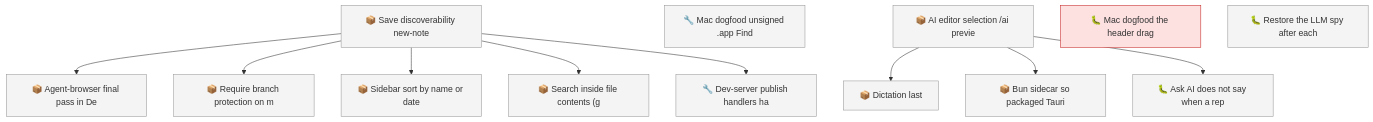
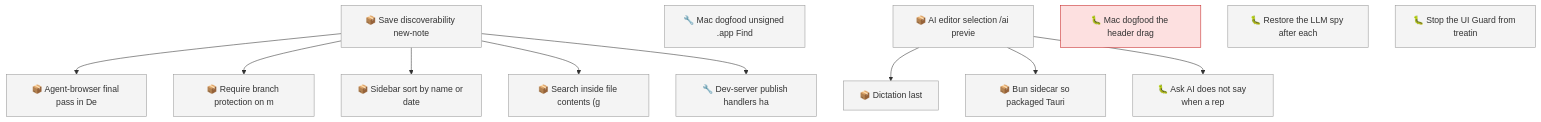
One commit to SpillwaveSolutions/motion changed the first of 2 diagrams in docs/roadmap.md. Above: the diagram before and after it, drawn with Mermaid. The commit also changed other lines of this file and 2 other files, not shown here.

First line of the commit message:
fix(ci): stop the UI Guard from treating test files as UI source

````diff
--- a/docs/roadmap.md
+++ b/docs/roadmap.md
@@ -98,28 +99,29 @@
 ```mermaid
 graph TD
     01KYQYYN3SBWDT25TC6H3G4EAA["📦 Save discoverability new-note"]
     01KYQYYN3T2SSGG33ESEWPXKH8["📦 Agent-browser final pass in De"]
     01KYQYYN3T731B57N8NXQ8C0FQ["📦 Require branch protection on m"]
     01KYQYYN3TA69K8848E483HC82["📦 Sidebar sort by name or date"]
     01KYQYYN3TKW93D9SVW07VKFZY["📦 Search inside file contents (g"]
     01M18Q560MPAYQJTA0W6F4DAW3["🔧 Mac dogfood unsigned .app Find"]
     01M18R79ZM90HJ0MBG3CX6VW7E["📦 Dictation last"]
     01M18R79ZMN53CMV76JFHKVEFN["📦 AI editor selection /ai previe"]
     01M19Z6Z3XQZ03EYNXKKBG5WK7["📦 Bun sidecar so packaged Tauri"]
     01M1ABZH14RJDDJ7M7HT3TZKYW["🐛 Ask AI does not say when a rep"]
     01M1ABZH2F573CM32N93NDMAGB["🔧 Dev-server publish handlers ha"]
     01M1MVB300KXXJPZ2XACH7A64K["🐛 Mac dogfood the header drag"]
     01M5GRYQY7ZAK975G44M0G6T6N["🐛 Restore the LLM spy after each"]
+    01M5GTCRJQPGX82TS89Y93732Z["🐛 Stop the UI Guard from treatin"]
     01KYQYYN3SBWDT25TC6H3G4EAA --> 01KYQYYN3T2SSGG33ESEWPXKH8
     01KYQYYN3SBWDT25TC6H3G4EAA --> 01KYQYYN3T731B57N8NXQ8C0FQ
     01KYQYYN3SBWDT25TC6H3G4EAA --> 01KYQYYN3TA69K8848E483HC82
     01KYQYYN3SBWDT25TC6H3G4EAA --> 01KYQYYN3TKW93D9SVW07VKFZY
     01M18R79ZMN53CMV76JFHKVEFN --> 01M18R79ZM90HJ0MBG3CX6VW7E
     01M18R79ZMN53CMV76JFHKVEFN --> 01M19Z6Z3XQZ03EYNXKKBG5WK7
     01M18R79ZMN53CMV76JFHKVEFN --> 01M1ABZH14RJDDJ7M7HT3TZKYW
     01KYQYYN3SBWDT25TC6H3G4EAA --> 01M1ABZH2F573CM32N93NDMAGB
     classDef todo fill:#f4f4f4,stroke:#999999
-    class 01KYQYYN3SBWDT25TC6H3G4EAA,01KYQYYN3T2SSGG33ESEWPXKH8,01KYQYYN3T731B57N8NXQ8C0FQ,01KYQYYN3TA69K8848E483HC82,01KYQYYN3TKW93D9SVW07VKFZY,01M18Q560MPAYQJTA0W6F4DAW3,01M18R79ZM90HJ0MBG3CX6VW7E,01M18R79ZMN53CMV76JFHKVEFN,01M19Z6Z3XQZ03EYNXKKBG5WK7,01M1ABZH14RJDDJ7M7HT3TZKYW,01M1ABZH2F573CM32N93NDMAGB,01M5GRYQY7ZAK975G44M0G6T6N todo
+    class 01KYQYYN3SBWDT25TC6H3G4EAA,01KYQYYN3T2SSGG33ESEWPXKH8,01KYQYYN3T731B57N8NXQ8C0FQ,01KYQYYN3TA69K8848E483HC82,01KYQYYN3TKW93D9SVW07VKFZY,01M18Q560MPAYQJTA0W6F4DAW3,01M18R79ZM90HJ0MBG3CX6VW7E,01M18R79ZMN53CMV76JFHKVEFN,01M19Z6Z3XQZ03EYNXKKBG5WK7,01M1ABZH14RJDDJ7M7HT3TZKYW,01M1ABZH2F573CM32N93NDMAGB,01M5GRYQY7ZAK975G44M0G6T6N,01M5GTCRJQPGX82TS89Y93732Z todo
     classDef blocked fill:#fde0e0,stroke:#c62828
     class 01M1MVB300KXXJPZ2XACH7A64K blocked
 ```
````
